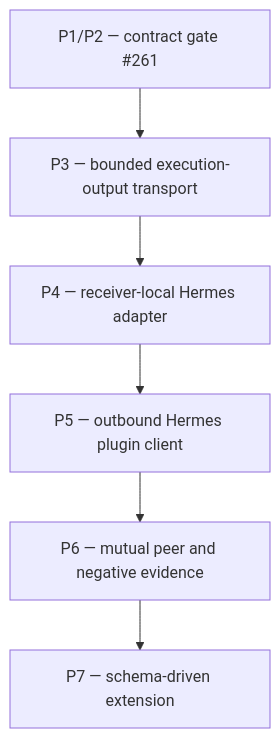
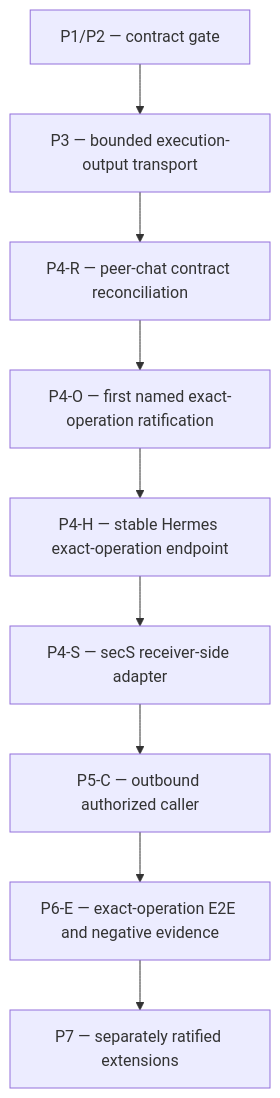
Before and after one commit to ZenithResearch/secS-magik: the diagram in docs/plans/2026-07-18-secs-hermes-peer-chat-dag.md, drawn with Mermaid. The commit also changed other lines of this file and 1 other file, not shown here.

First line of the commit message:
docs(plan): replace peer-chat delivery DAG

````diff
--- a/docs/plans/2026-07-18-secs-hermes-peer-chat-dag.md
+++ b/docs/plans/2026-07-18-secs-hermes-peer-chat-dag.md
@@ -15,15 +16,21 @@
 ```mermaid
 graph TD
-  P12[P1/P2 — contract gate #261]
+  P12[P1/P2 — contract gate]
   P3[P3 — bounded execution-output transport]
-  P4[P4 — receiver-local Hermes adapter]
-  P5[P5 — outbound Hermes plugin client]
-  P6[P6 — mutual peer and negative evidence]
-  P7[P7 — schema-driven extension]
+  P4R[P4-R — peer-chat contract reconciliation]
+  P4O[P4-O — first named exact-operation ratification]
+  P4H[P4-H — stable Hermes exact-operation endpoint]
+  P4S[P4-S — secS receiver-side adapter]
+  P5C[P5-C — outbound authorized caller]
+  P6E[P6-E — exact-operation E2E and negative evidence]
+  P7[P7 — separately ratified extensions]
 
   P12 --> P3
-  P3 --> P4
-  P4 --> P5
-  P5 --> P6
-  P6 --> P7
+  P3 --> P4R
+  P4R --> P4O
+  P4O --> P4H
+  P4H --> P4S
+  P4S --> P5C
+  P5C --> P6E
+  P6E --> P7
 ```
````
